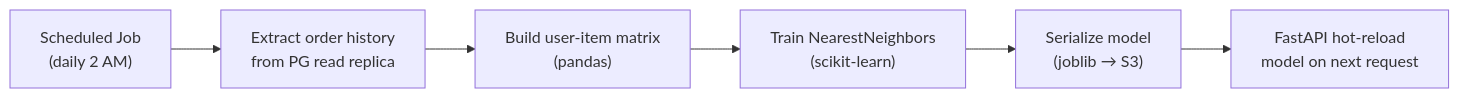
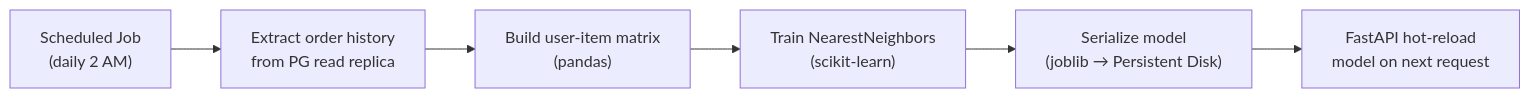
Before and after one commit to csanni/frescos-app: the ninth of 10 diagrams in campus_food_ordering_system/docs/backend_api_system_design.md, drawn with Mermaid. The commit also changed other lines of this file, not shown here.

````diff
--- a/campus_food_ordering_system/docs/backend_api_system_design.md
+++ b/campus_food_ordering_system/docs/backend_api_system_design.md
@@ -934,8 +936,8 @@
 ```mermaid
 flowchart LR
     CRON["Scheduled Job\n(daily 2 AM)"] --> EXTRACT["Extract order history\nfrom PG read replica"]
     EXTRACT --> TRANSFORM["Build user-item matrix\n(pandas)"]
     TRANSFORM --> TRAIN["Train NearestNeighbors\n(scikit-learn)"]
-    TRAIN --> SERIALIZE["Serialize model\n(joblib → S3)"]
+    TRAIN --> SERIALIZE["Serialize model\n(joblib → Persistent Disk)"]
     SERIALIZE --> RELOAD["FastAPI hot-reload\nmodel on next request"]
 ```
````
